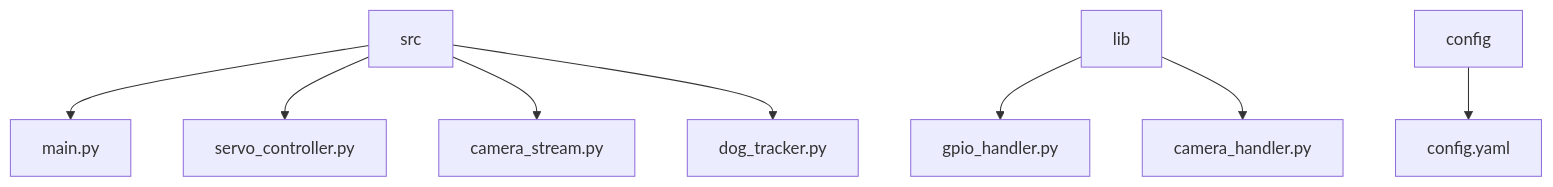
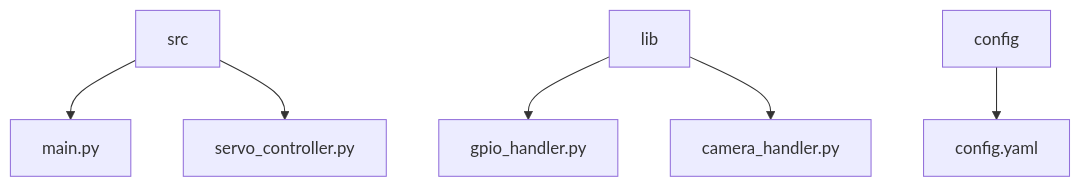
The third of 3 diagrams in docs/docs/camera/arch.md (zofiadrozdowska0/Doggy_monitor), drawn with Mermaid before and after one commit. The commit also changed other lines of this file and 3 other files, not shown here.

````diff
--- a/docs/docs/camera/arch.md
+++ b/docs/docs/camera/arch.md
@@ -54,10 +55,8 @@
 ```mermaid
 graph TD
     src --> main.py
     src --> servo_controller.py
-    src --> camera_stream.py
-    src --> dog_tracker.py
     lib --> gpio_handler.py
     lib --> camera_handler.py
     config --> config.yaml
 ```
````
